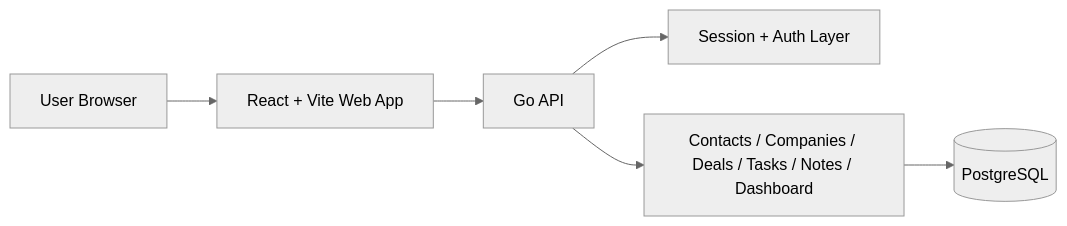
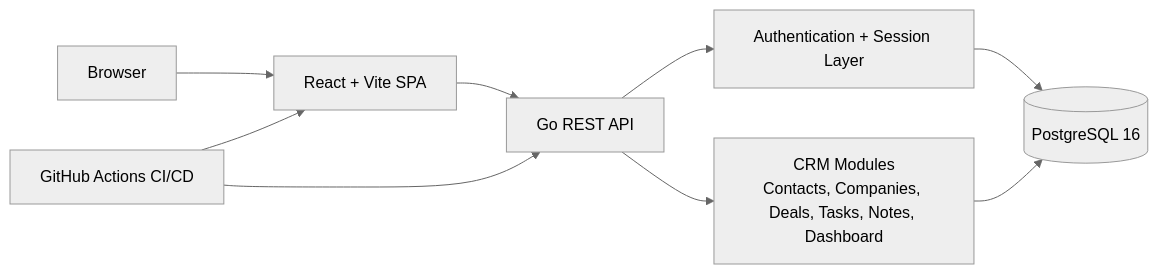
One commit to aeml/open_crm changed the diagram in README.md. Above: the diagram before and after it, drawn with Mermaid (neutral theme). The commit also changed other lines of this file, not shown here.

Commit message:
Improve Open CRM README for portfolio

````diff
--- a/README.md
+++ b/README.md
@@ -67,8 +60,11 @@
 ```mermaid
 graph LR
-    Browser[User Browser] --> Web[React + Vite Web App]
-    Web --> API[Go API]
-    API --> Auth[Session + Auth Layer]
-    API --> Modules[Contacts / Companies / Deals / Tasks / Notes / Dashboard]
-    Modules --> DB[(PostgreSQL)]
+    Browser[Browser] --> Frontend[React + Vite SPA]
+    Frontend --> API[Go REST API]
+    API --> Auth[Authentication + Session Layer]
+    API --> Modules[CRM Modules\nContacts, Companies, Deals, Tasks, Notes, Dashboard]
+    Auth --> DB[(PostgreSQL 16)]
+    Modules --> DB
+    CI[GitHub Actions CI/CD] --> Frontend
+    CI --> API
 ```
````
